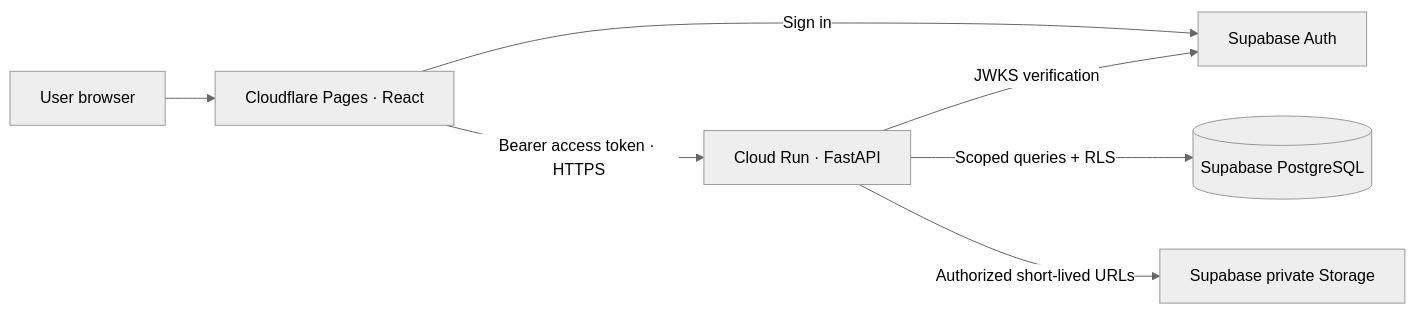
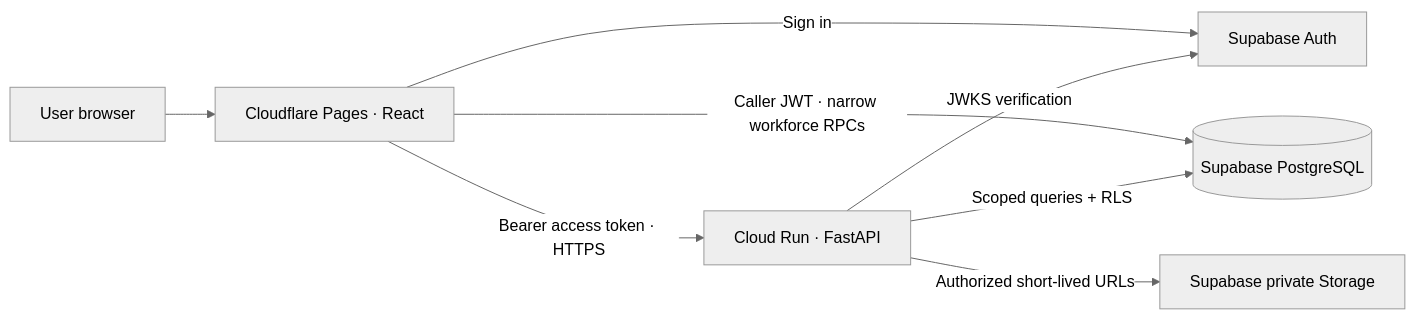
One commit to Marykamalaperli/SNR_website changed the first of 2 diagrams in docs/ARCHITECTURE.md. Above: the diagram before and after it, drawn with Mermaid (neutral theme). The commit also changed other lines of this file and 35 other files, not shown here.

````diff
--- a/docs/ARCHITECTURE.md
+++ b/docs/ARCHITECTURE.md
@@ -12,9 +13,10 @@
 ```mermaid
 flowchart LR
   Browser[User browser] --> Pages[Cloudflare Pages · React]
   Pages -->|Bearer access token · HTTPS| API[Cloud Run · FastAPI]
   Pages -->|Sign in| Auth[Supabase Auth]
+  Pages -->|Caller JWT · narrow workforce RPCs| DB
   API -->|JWKS verification| Auth
   API -->|Scoped queries + RLS| DB[(Supabase PostgreSQL)]
   API -->|Authorized short-lived URLs| Storage[Supabase private Storage]
 ```
````
